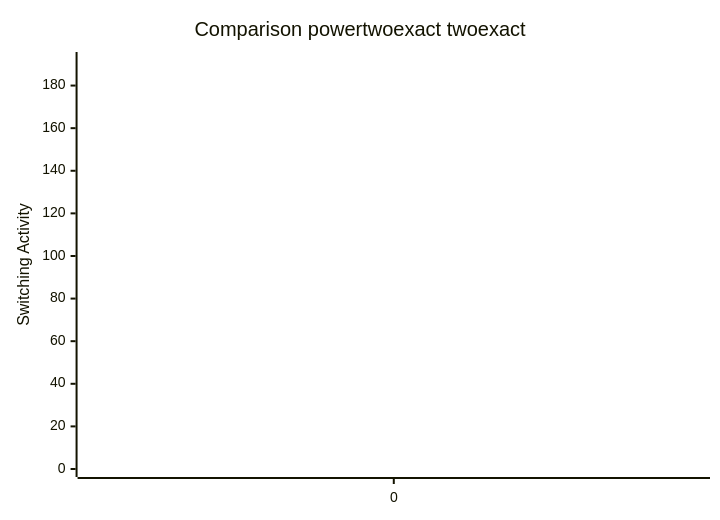
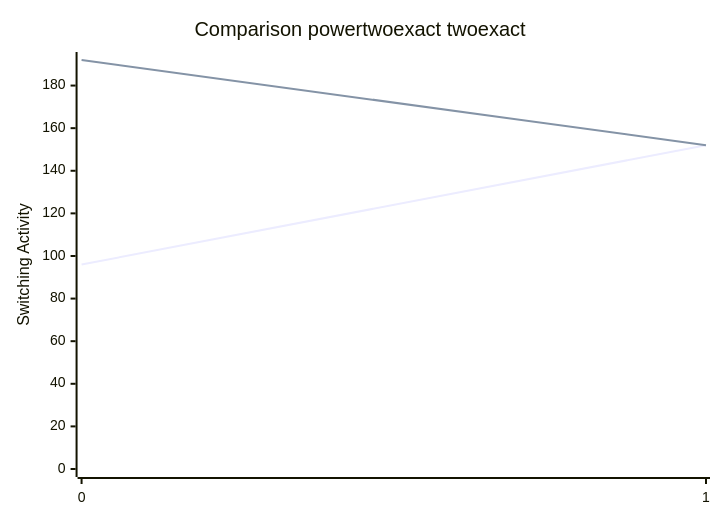
Before and after one commit to FeldmeierMichael/Exact-Power-Synthesis: the diagram in benchmark.md, drawn with Mermaid. The commit also changed other lines of this file and 2 other files, not shown here.

````diff
--- a/benchmark.md
+++ b/benchmark.md
@@ -13,8 +15,8 @@
 ```mermaid
 xychart-beta
     title "Comparison powertwoexact twoexact"
-    x-axis [0]
+    x-axis [0, 1]
     y-axis "Switching Activity" 0-->192
-    line [96]
-    line [192]
+    line [96, 152]
+    line [192, 152]
 ```
````
